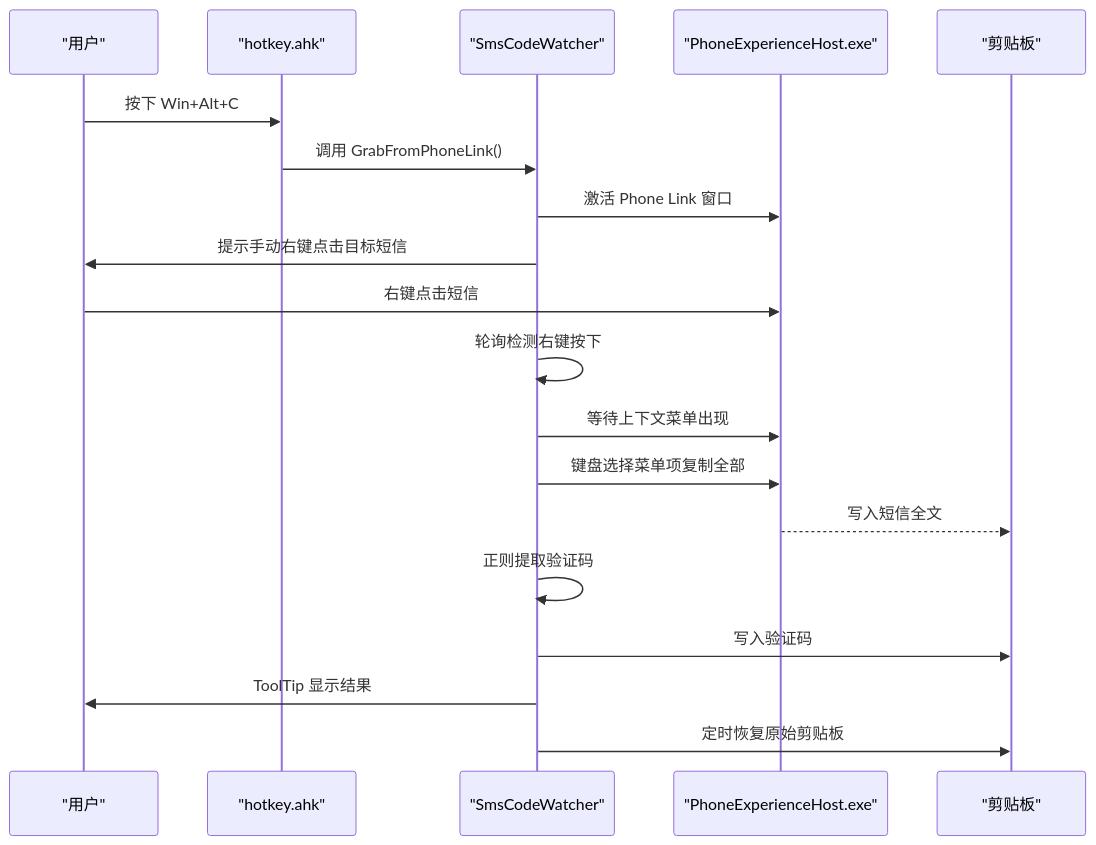
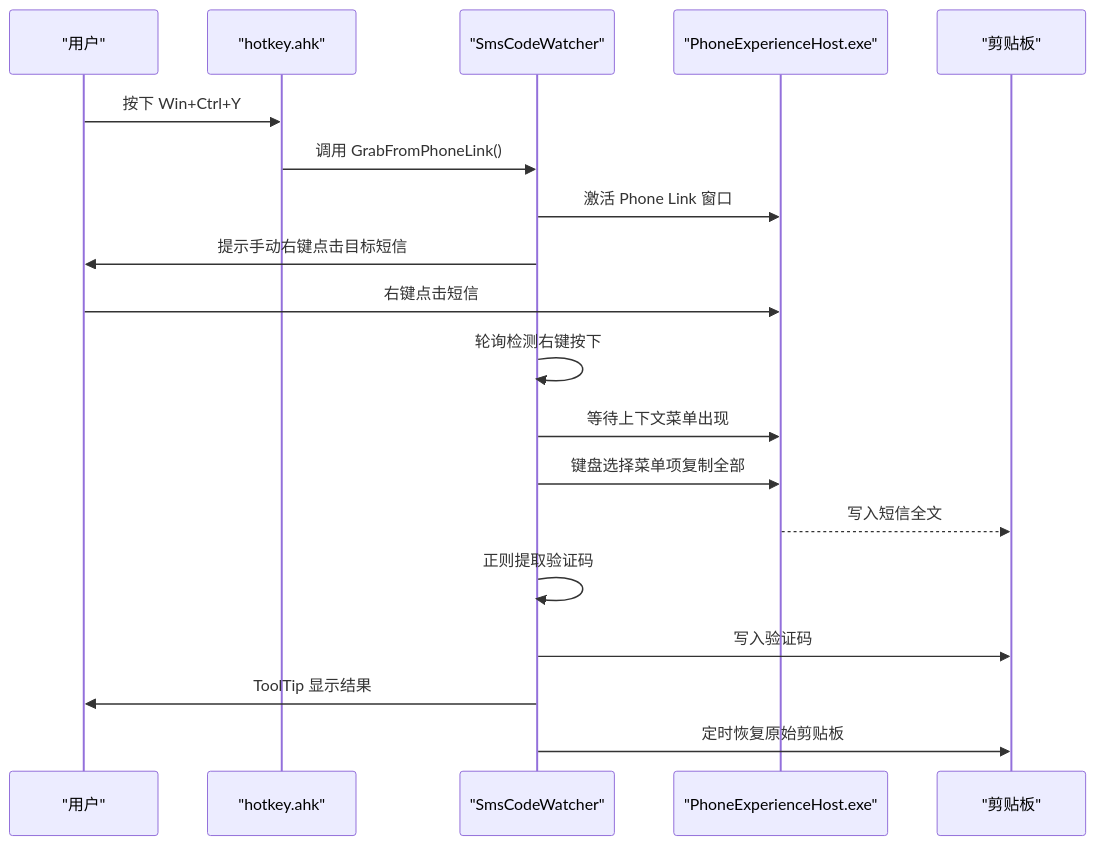
Before and after one commit to wangys-123doit/hotkey: the second of 7 diagrams in .qoder/repowiki/zh/content/核心功能/SMS验证码提取系统.md, drawn with Mermaid. The commit also changed other lines of this file and 8 other files, not shown here.

````diff
--- a/.qoder/repowiki/zh/content/核心功能/SMS验证码提取系统.md
+++ b/.qoder/repowiki/zh/content/核心功能/SMS验证码提取系统.md
@@ -68,21 +75,21 @@
 ```mermaid
 sequenceDiagram
 participant User as "用户"
 participant AHK as "hotkey.ahk"
 participant SW as "SmsCodeWatcher"
 participant PL as "PhoneExperienceHost.exe"
 participant Clip as "剪贴板"
-User->>AHK : 按下 Win+Alt+C
+User->>AHK : 按下 Win+Ctrl+Y
 AHK->>SW : 调用 GrabFromPhoneLink()
 SW->>PL : 激活 Phone Link 窗口
 SW->>User : 提示手动右键点击目标短信
 User->>PL : 右键点击短信
 SW->>SW : 轮询检测右键按下
 SW->>PL : 等待上下文菜单出现
 SW->>PL : 键盘选择菜单项复制全部
 PL-->>Clip : 写入短信全文
 SW->>SW : 正则提取验证码
 SW->>Clip : 写入验证码
 SW->>User : ToolTip 显示结果
 SW->>Clip : 定时恢复原始剪贴板
 ```
````
